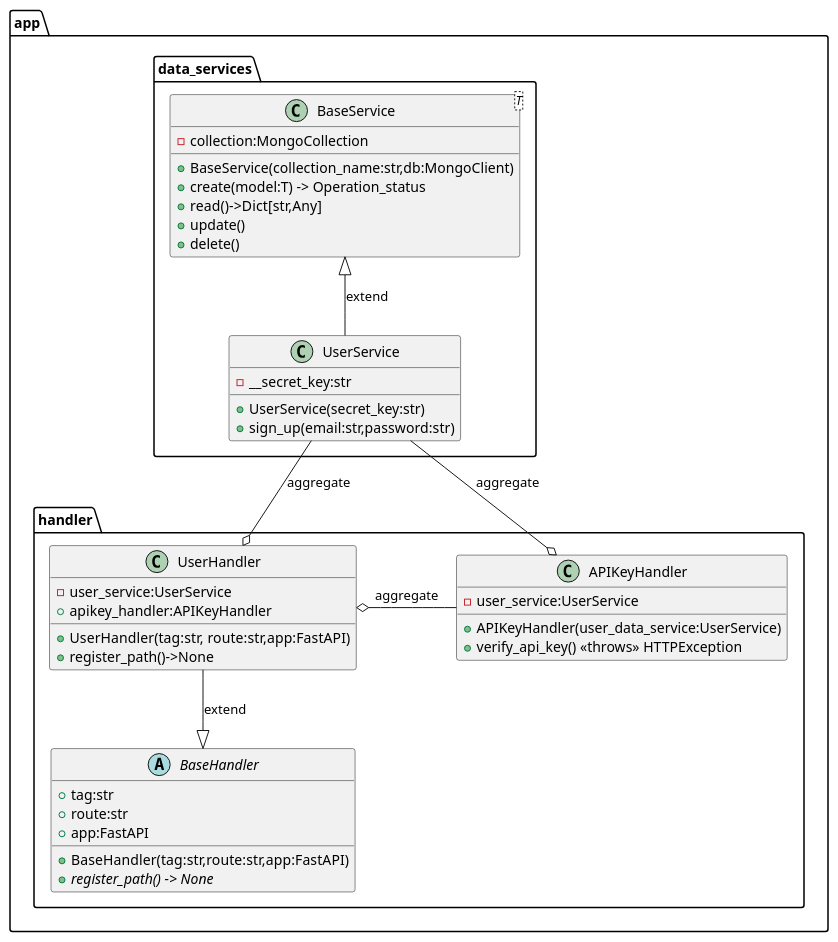
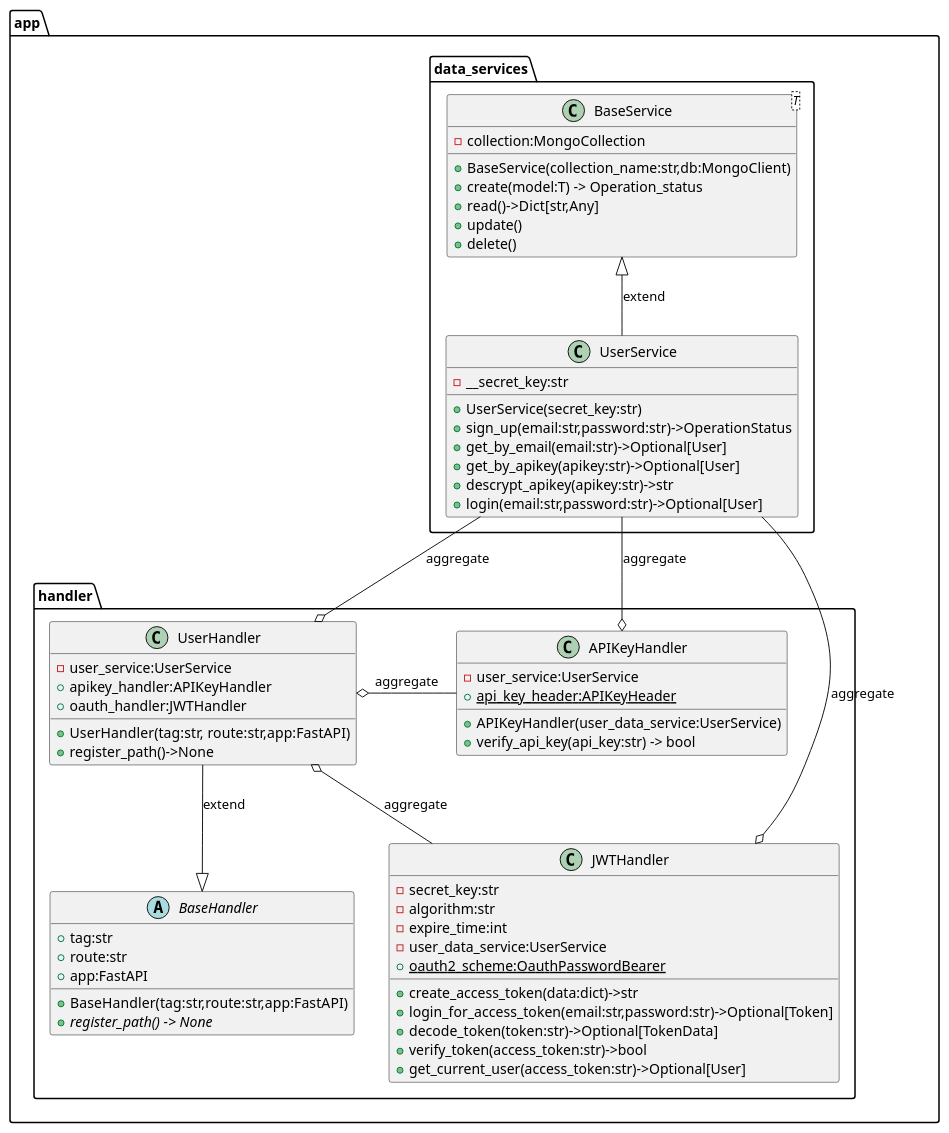
One commit to fbcharles747/Capstone_PV_API changed the diagram in design.puml. Above: the diagram before and after it, drawn with PlantUML. The commit also changed 4 other files, not shown here.

```diff
--- a/design.puml
+++ b/design.puml
@@ -1,55 +1,77 @@
 @startuml "BaseService diagram"
 
 package app.data_services{
     class BaseService <T> {
         - collection:MongoCollection
         + BaseService(collection_name:str,db:MongoClient)
         + create(model:T) -> Operation_status
         + read()->Dict[str,Any]
         + update()
         + delete()
     }
 
     class UserService{
         - __secret_key:str
         + UserService(secret_key:str)
-        + sign_up(email:str,password:str)
+        + sign_up(email:str,password:str)->OperationStatus
+        + get_by_email(email:str)->Optional[User]
+        + get_by_apikey(apikey:str)->Optional[User]
+        + descrypt_apikey(apikey:str)->str
+        + login(email:str,password:str)->Optional[User]
     }
 }
 
 
 package app.handler{
 
     abstract class BaseHandler{
         + tag:str
         + route:str
         + app:FastAPI
 
         + BaseHandler(tag:str,route:str,app:FastAPI)
         + {abstract} register_path() -> None
     }
 
     class UserHandler{
         - user_service:UserService
         + apikey_handler:APIKeyHandler
+        + oauth_handler:JWTHandler
         + UserHandler(tag:str, route:str,app:FastAPI)
         + register_path()->None
     }
 
 
     class APIKeyHandler{
         - user_service:UserService
+        + {static} api_key_header:APIKeyHeader 
         + APIKeyHandler(user_data_service:UserService)
-        + verify_api_key() <<throws>> HTTPException
+        + verify_api_key(api_key:str) -> bool
+    }
+
+    class JWTHandler{
+        - secret_key:str
+        - algorithm:str
+        - expire_time:int
+        - user_data_service:UserService
+        + {static} oauth2_scheme:OauthPasswordBearer
+        + create_access_token(data:dict)->str
+        + login_for_access_token(email:str,password:str)->Optional[Token]
+        + decode_token(token:str)->Optional[TokenData]
+        + verify_token(access_token:str)->bool
+        + get_current_user(access_token:str)->Optional[User]
+
     }
 }
 
 
 BaseService <|-- UserService: extend
 UserHandler --|> BaseHandler: extend
 UserHandler o-right- APIKeyHandler:aggregate
+UserHandler o-- JWTHandler:aggregate
 UserService --o UserHandler:aggregate
 UserService --o APIKeyHandler: aggregate
+UserService --o JWTHandler:aggregate
 
 
 @enduml
```
